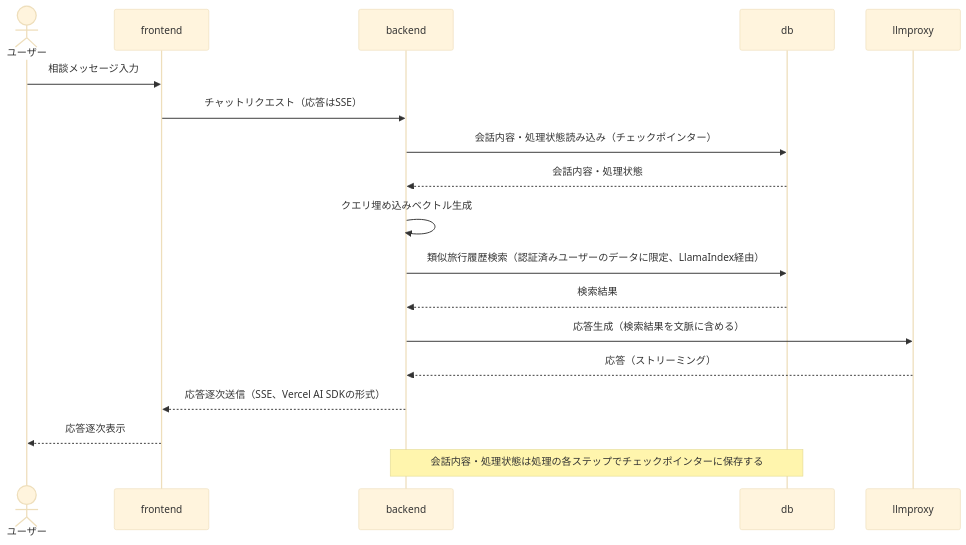
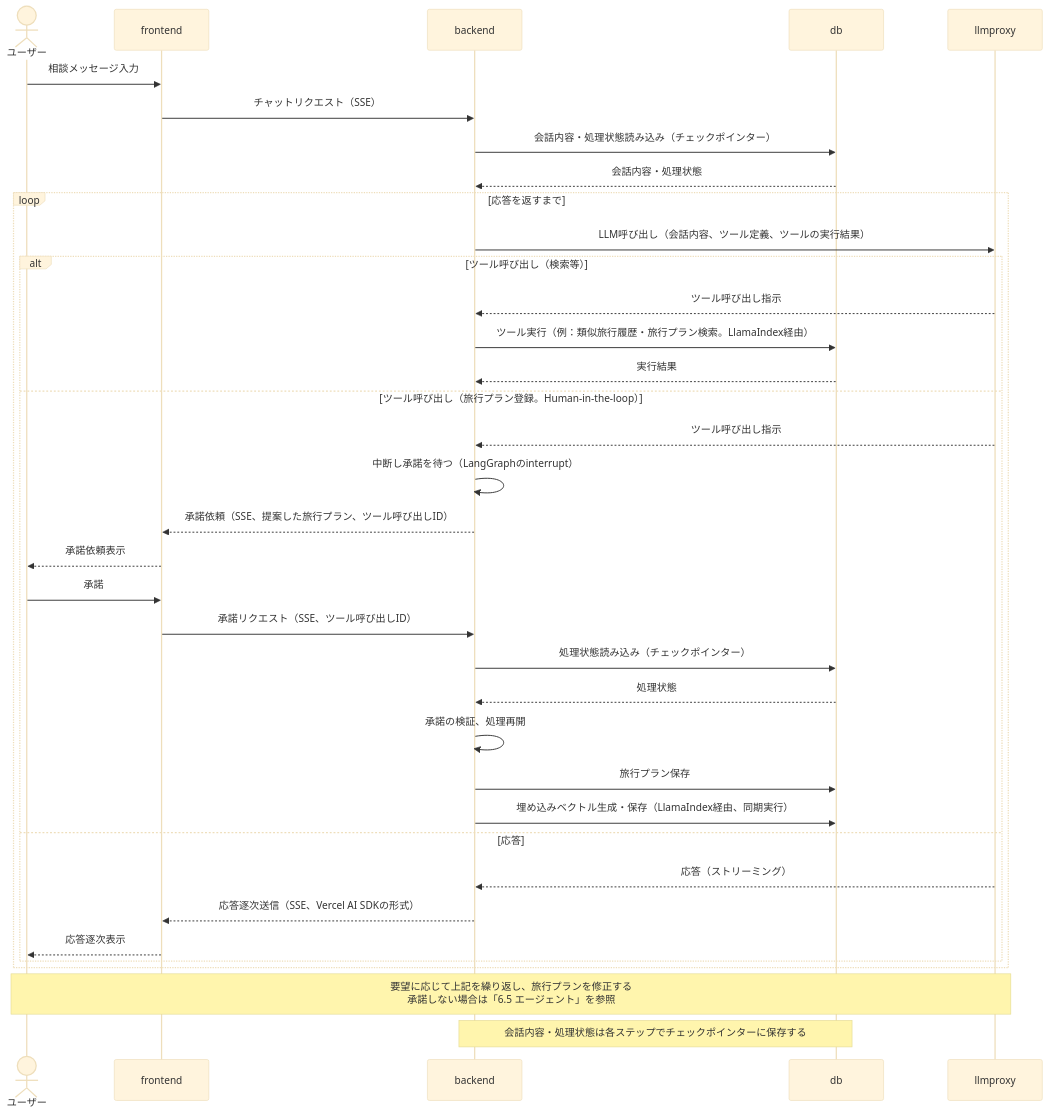
One commit to d-saitou/travel-agent-lab changed the fourth of 4 diagrams in docs/design/architecture.md. Above: the diagram before and after it, drawn with Mermaid (base theme). The commit also changed other lines of this file and 6 other files, not shown here.

````diff
--- a/docs/design/architecture.md
+++ b/docs/design/architecture.md
@@ -102,22 +106,42 @@
 ```mermaid
 sequenceDiagram
   actor U as ユーザー
   participant FE as frontend
   participant BE as backend
   participant DB as db
   participant LP as llmproxy
 
   U->>FE: 相談メッセージ入力
-  FE->>BE: チャットリクエスト（応答はSSE）
+  FE->>BE: チャットリクエスト（SSE）
   BE->>DB: 会話内容・処理状態読み込み（チェックポインター）
   DB-->>BE: 会話内容・処理状態
-  BE->>BE: クエリ埋め込みベクトル生成
-  BE->>DB: 類似旅行履歴検索（認証済みユーザーのデータに限定、LlamaIndex経由）
-  DB-->>BE: 検索結果
-  BE->>LP: 応答生成（検索結果を文脈に含める）
-  LP-->>BE: 応答（ストリーミング）
-  BE-->>FE: 応答逐次送信（SSE、Vercel AI SDKの形式）
-  FE-->>U: 応答逐次表示
 
-  Note over BE,DB: 会話内容・処理状態は処理の各ステップでチェックポインターに保存する
+  loop 応答を返すまで
+    BE->>LP: LLM呼び出し（会話内容、ツール定義、ツールの実行結果）
+    alt ツール呼び出し（検索等）
+      LP-->>BE: ツール呼び出し指示
+      BE->>DB: ツール実行（例：類似旅行履歴・旅行プラン検索。LlamaIndex経由）
+      DB-->>BE: 実行結果
+    else ツール呼び出し（旅行プラン登録。Human-in-the-loop）
+      LP-->>BE: ツール呼び出し指示
+      BE->>BE: 中断し承諾を待つ（LangGraphのinterrupt）
+      BE-->>FE: 承諾依頼（SSE、提案した旅行プラン、ツール呼び出しID）
+      FE-->>U: 承諾依頼表示
+      U->>FE: 承諾
+      FE->>BE: 承諾リクエスト（SSE、ツール呼び出しID）
+      BE->>DB: 処理状態読み込み（チェックポインター）
+      DB-->>BE: 処理状態
+      BE->>BE: 承諾の検証、処理再開
+      BE->>DB: 旅行プラン保存
+      BE->>DB: 埋め込みベクトル生成・保存（LlamaIndex経由、同期実行）
+    else 応答
+      LP-->>BE: 応答（ストリーミング）
+      BE-->>FE: 応答逐次送信（SSE、Vercel AI SDKの形式）
+      FE-->>U: 応答逐次表示
+    end
+  end
+
+  Note over U,LP: 要望に応じて上記を繰り返し、旅行プランを修正する<br/>承諾しない場合は「6.5 エージェント」を参照
+
+  Note over BE,DB: 会話内容・処理状態は各ステップでチェックポインターに保存する
 ```
````
